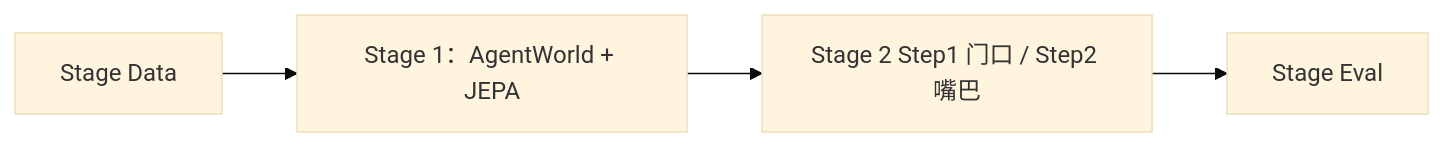
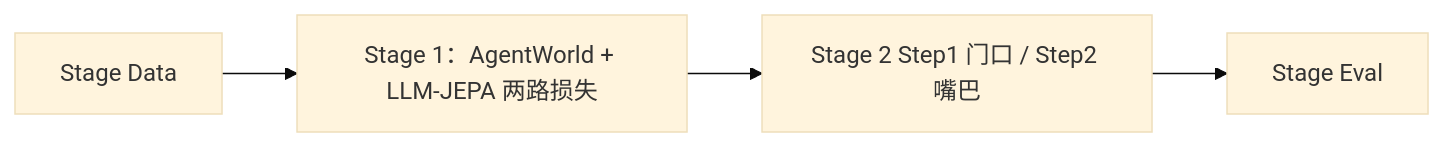
The second of 2 diagrams in AGENTS.md (MegaGimen/BIV), drawn with Mermaid (base theme) before and after one commit. The commit also changed other lines of this file and 17 other files, not shown here.

First line of the commit message:
Stage 1: adopt LLM-JEPA two-loss recipe (obs CE + last-hidden cosine)

````diff
--- a/AGENTS.md
+++ b/AGENTS.md
@@ -141,6 +138,6 @@
 ```mermaid
 flowchart LR
-    SD["Stage Data"] --> S1["Stage 1：AgentWorld + JEPA"]
+    SD["Stage Data"] --> S1["Stage 1：AgentWorld + LLM-JEPA 两路损失"]
     S1 --> S2["Stage 2 Step1 门口 / Step2 嘴巴"]
     S2 --> EV["Stage Eval"]
 ```
````
